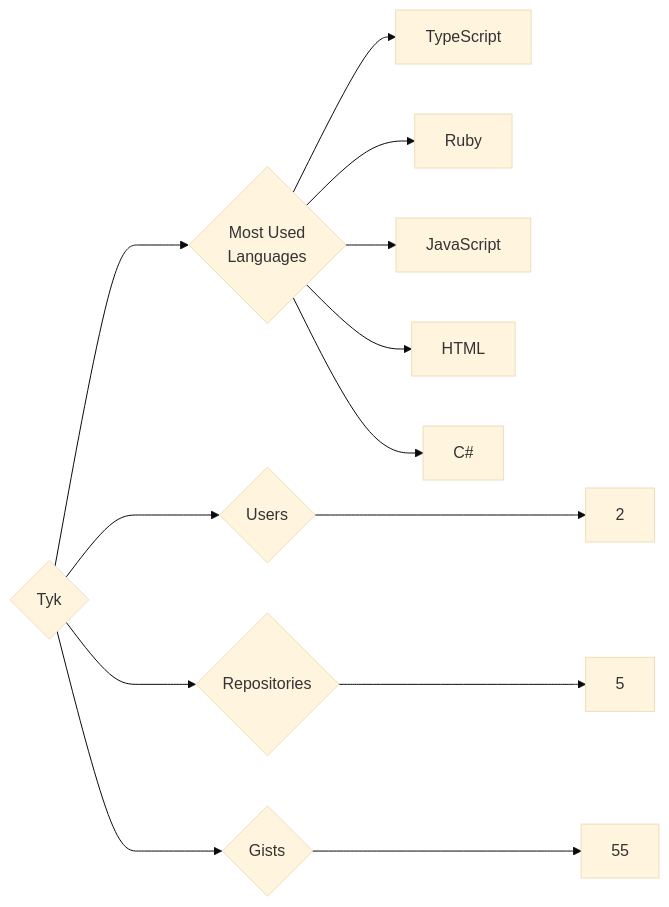
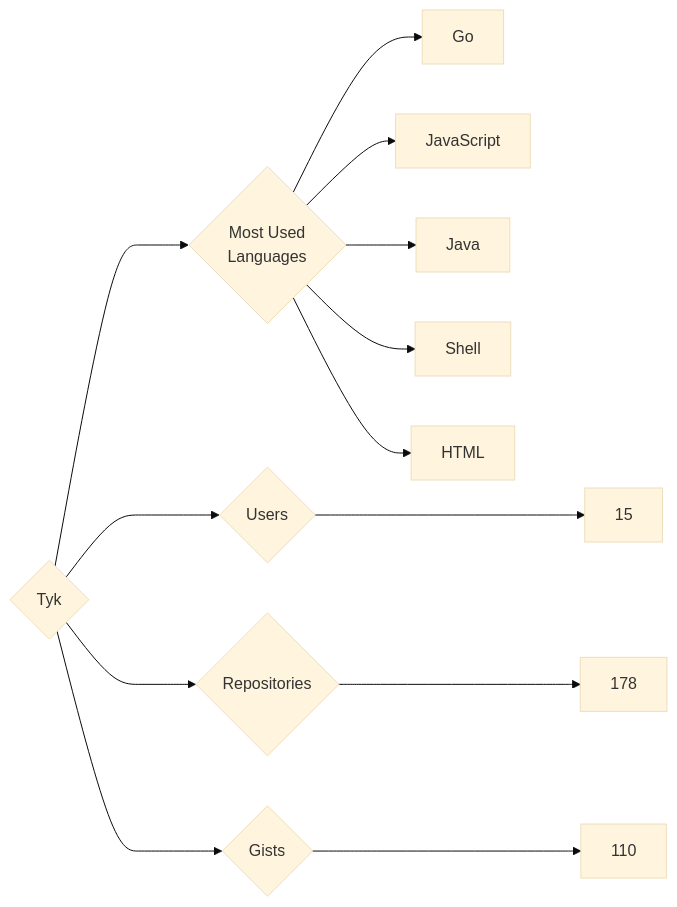
Before and after one commit to trickest/insiders: the diagram in targets/Tyk/README.md, drawn with Mermaid (base theme). The commit also changed 973 other files, not shown here.

````diff
--- a/targets/Tyk/README.md
+++ b/targets/Tyk/README.md
@@ -3,13 +3,13 @@
 ```mermaid
 graph LR
 COMPANY_NAME{Tyk}
-COMPANY_NAME ---> U{Users} ---> UN[2]
-COMPANY_NAME ---> R{Repositories} ---> RN[5]
-COMPANY_NAME ---> G{Gists} ---> GN[55]
+COMPANY_NAME ---> U{Users} ---> UN[15]
+COMPANY_NAME ---> R{Repositories} ---> RN[178]
+COMPANY_NAME ---> G{Gists} ---> GN[110]
 COMPANY_NAME ---> ML{Most Used<br>Languages}
-ML --> TypeScript[TypeScript]
-ML --> Ruby[Ruby]
+ML --> Go[Go]
 ML --> JavaScript[JavaScript]
+ML --> Java[Java]
+ML --> Shell[Shell]
 ML --> HTML[HTML]
-ML --> C#[C#]
 ```
````
